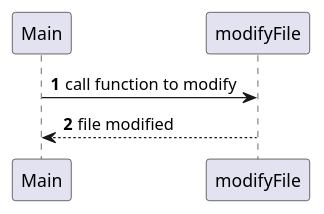
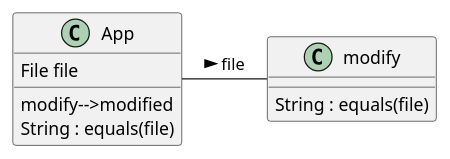
One commit to Chrissy-buzz/PersaudC-COP3330-Assignment3 changed the diagram in src/main/java/org/example/ex45/Diagram5.puml. Above: the diagram before and after it, drawn with PlantUML. The commit also changed 5 other files, not shown here.

```diff
--- a/src/main/java/org/example/ex45/Diagram5.puml
+++ b/src/main/java/org/example/ex45/Diagram5.puml
@@ -1,9 +2,13 @@
 @startuml
-'https://plantuml.com/sequence-diagram
-
-autonumber
-
-Main -> modifyFile:call function to modify
-modifyFile-->Main:file modified
+class App {
+  {field} File file
+  {method} modify-->modified
+  String : equals(file)
+}
+class modify{
+  String : equals(file)
+}
+class App
+App - modify : file >
 
 @enduml
```
